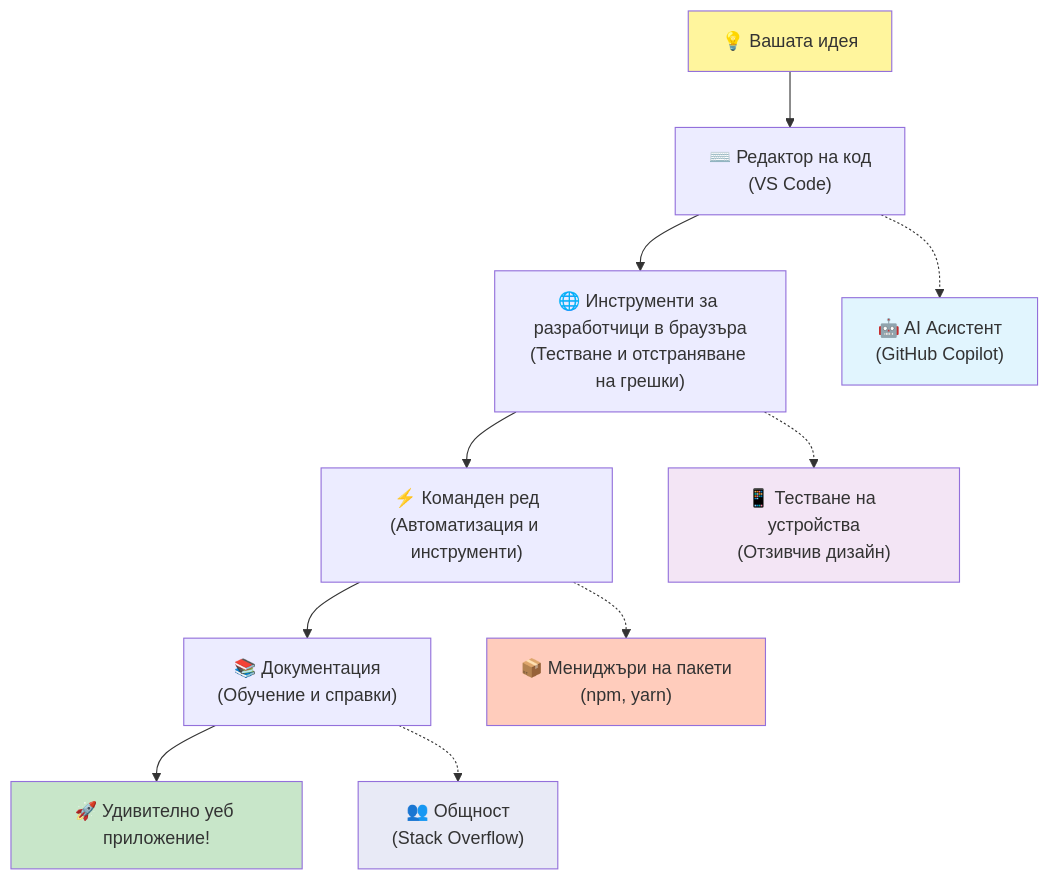
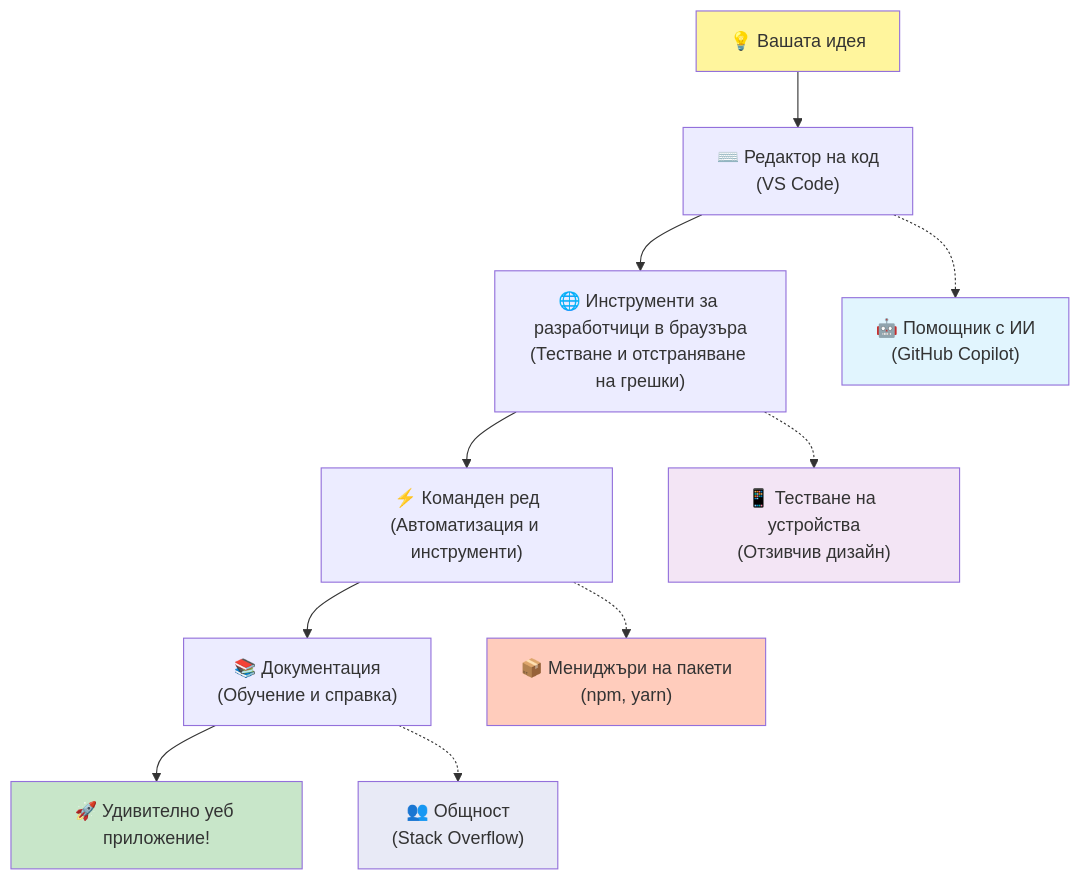
Before and after one commit to microsoft/Web-Dev-For-Beginners: the fifth of 7 diagrams in translations/bg/1-getting-started-lessons/1-intro-to-programming-languages/README.md, drawn with Mermaid. The commit also changed other lines of this file and 8 other files, not shown here.

````diff
--- a/translations/bg/1-getting-started-lessons/1-intro-to-programming-languages/README.md
+++ b/translations/bg/1-getting-started-lessons/1-intro-to-programming-languages/README.md
@@ -487,20 +488,20 @@
 ```mermaid
 graph TD
     A["💡 Вашата идея"] --> B["⌨️ Редактор на код<br/>(VS Code)"] 
     B --> C["🌐 Инструменти за разработчици в браузъра<br/>(Тестване и отстраняване на грешки)"]
     C --> D["⚡ Команден ред<br/>(Автоматизация и инструменти)"]
-    D --> E["📚 Документация<br/>(Обучение и справки)"]
+    D --> E["📚 Документация<br/>(Обучение и справка)"]
     E --> F["🚀 Удивително уеб приложение!"]
     
-    B -.-> G["🤖 AI Асистент<br/>(GitHub Copilot)"]
+    B -.-> G["🤖 Помощник с ИИ<br/>(GitHub Copilot)"]
     C -.-> H["📱 Тестване на устройства<br/>(Отзивчив дизайн)"]
     D -.-> I["📦 Мениджъри на пакети<br/>(npm, yarn)"]
     E -.-> J["👥 Общност<br/>(Stack Overflow)"]
     
     style A fill:#fff59d
     style F fill:#c8e6c9
     style G fill:#e1f5fe
     style H fill:#f3e5f5
     style I fill:#ffccbc
     style J fill:#e8eaf6
 ```
````
